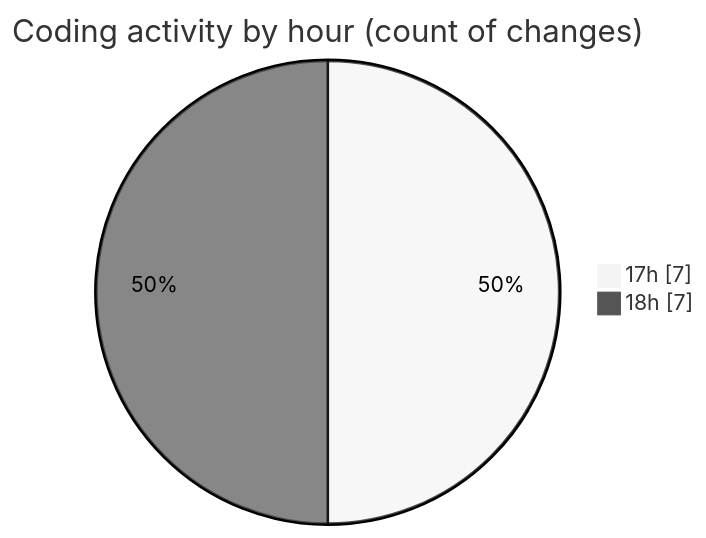
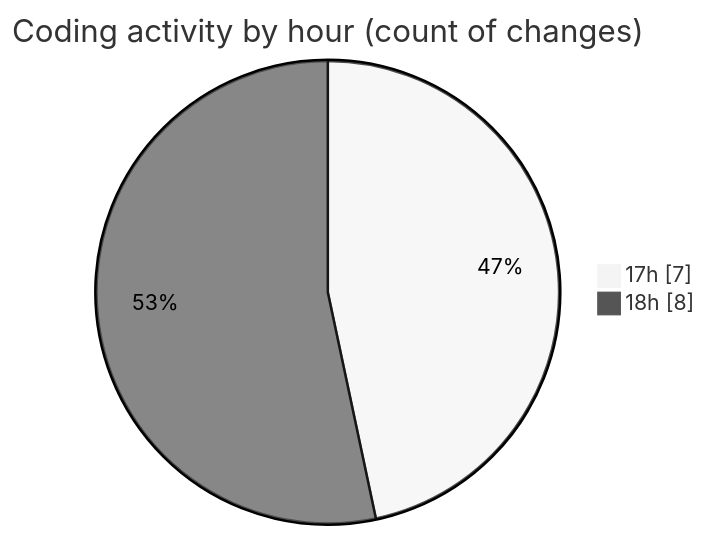
Before and after one commit to Ritupan-Deka/code-tracking: the second of 2 diagrams in 2025-05-22/expensetracker/README.md, drawn with Mermaid (neutral theme). The commit also changed other lines of this file and 1 other file, not shown here.

````diff
--- a/2025-05-22/expensetracker/README.md
+++ b/2025-05-22/expensetracker/README.md
@@ -33,6 +34,6 @@
 ```mermaid
 pie showData
 title Coding activity by hour (count of changes)
 "17h" : 7
-"18h" : 7
+"18h" : 8
 ```
````
